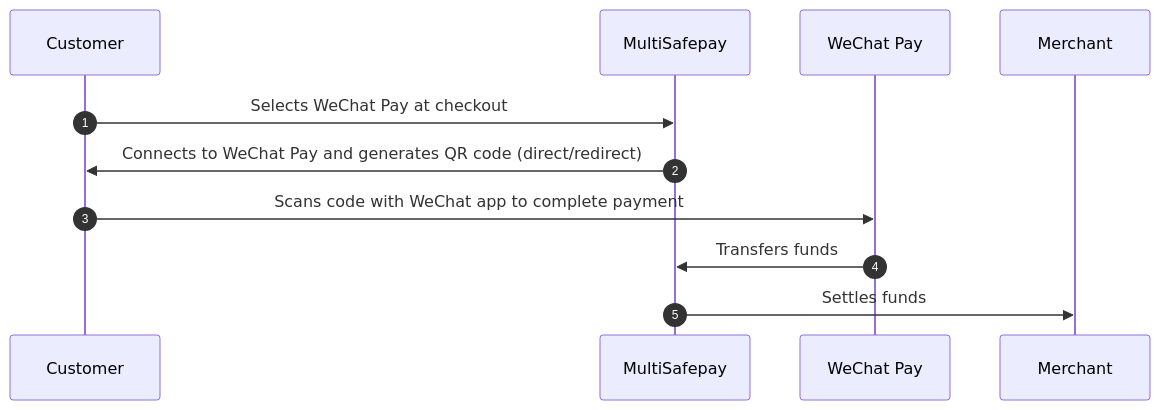
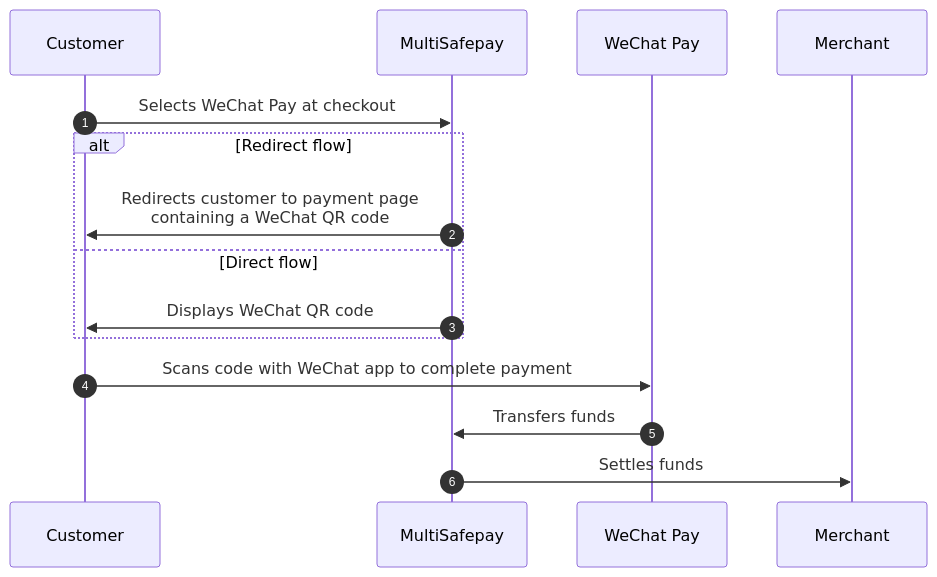
Before and after one commit to MultiSafepay/docs: the diagram in content/payments/methods/wallet/wechatpay/payment-flow.md, drawn with Mermaid. The commit also changed other lines of this file and 34 other files, not shown here.

```diff
--- a/content/payments/methods/wallet/wechatpay/payment-flow.md
+++ b/content/payments/methods/wallet/wechatpay/payment-flow.md
@@ -15,16 +15,20 @@
 {{< mermaid class="text-center" >}}
 
 sequenceDiagram
     autonumber
     participant C as Customer
     participant Mu as MultiSafepay
     participant W as WeChat Pay
     participant Me as Merchant
 
     C->>Mu: Selects WeChat Pay at checkout
-    Mu->>C: Connects to WeChat Pay and generates QR code (direct/redirect)
+    alt Redirect flow
+    Mu->>C: Redirects customer to payment page <br> containing a WeChat QR code
+    else Direct flow
+    Mu->>C: Displays WeChat QR code
+    end
     C->>W: Scans code with WeChat app to complete payment 
     W->>Mu: Transfers funds 
     Mu->>Me: Settles funds
 
 {{< /mermaid >}}
```
